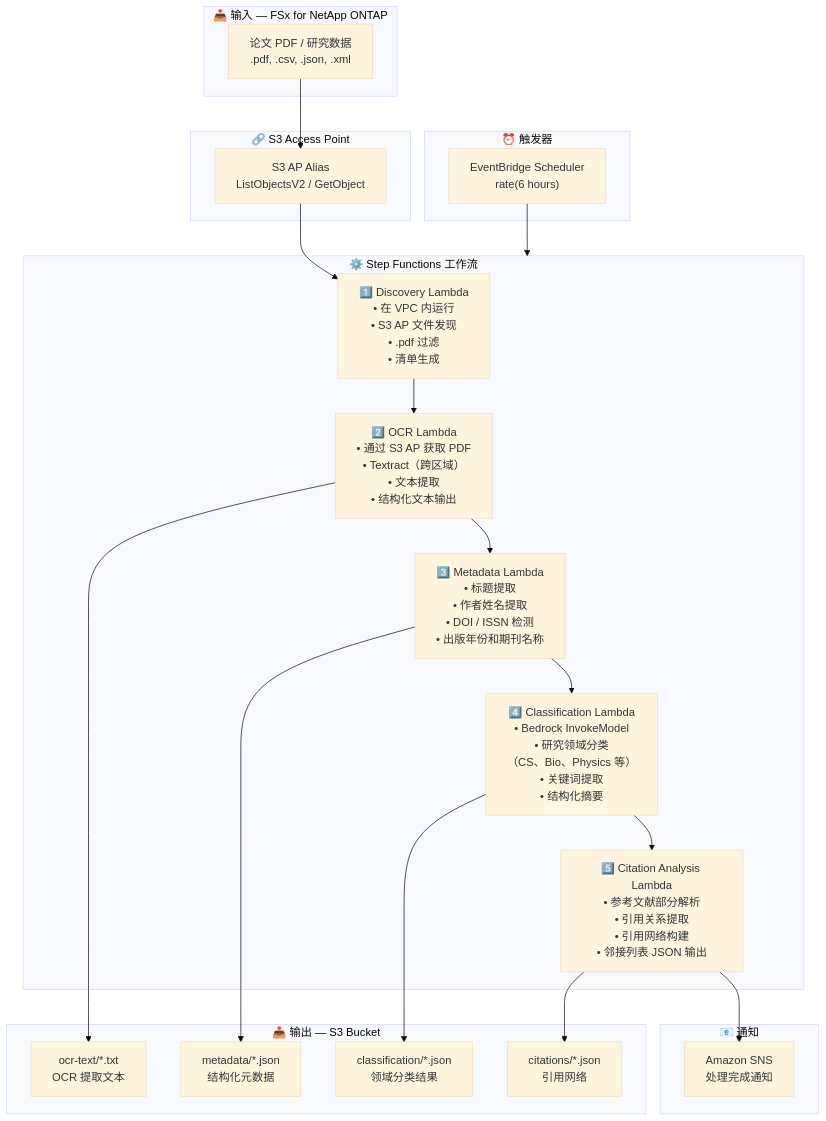
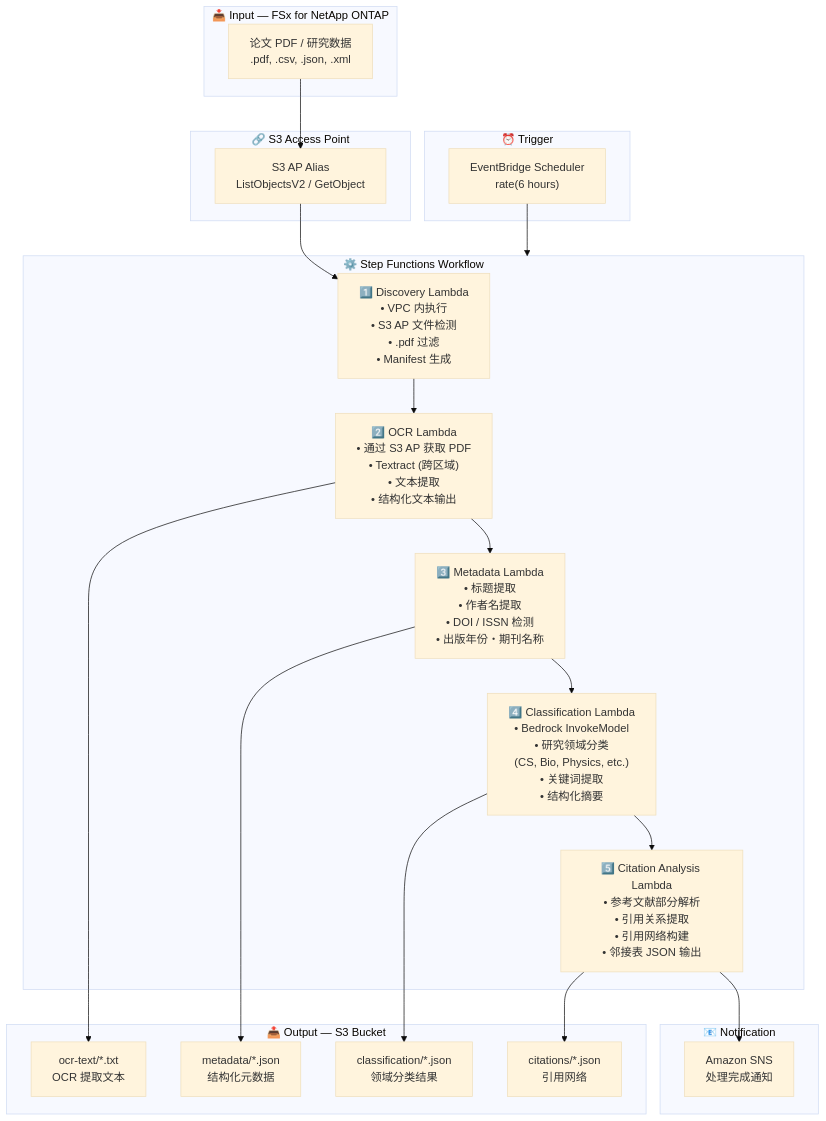
One commit to Yoshiki0705/FSx-for-ONTAP-S3AccessPoints-Serverless-Patterns changed the diagram in education-research/docs/architecture.zh-CN.md. Above: the diagram before and after it, drawn with Mermaid (base theme). The commit also changed other lines of this file and 54 other files, not shown here.

````diff
--- a/education-research/docs/architecture.zh-CN.md
+++ b/education-research/docs/architecture.zh-CN.md
@@ -11,46 +13,46 @@
 ```mermaid
 flowchart TB
-    subgraph INPUT["📥 输入 — FSx for NetApp ONTAP"]
+    subgraph INPUT["📥 Input — FSx for NetApp ONTAP"]
         PAPERS["论文 PDF / 研究数据<br/>.pdf, .csv, .json, .xml"]
     end
 
     subgraph S3AP["🔗 S3 Access Point"]
         ALIAS["S3 AP Alias<br/>ListObjectsV2 / GetObject"]
     end
 
-    subgraph TRIGGER["⏰ 触发器"]
+    subgraph TRIGGER["⏰ Trigger"]
         EB["EventBridge Scheduler<br/>rate(6 hours)"]
     end
 
-    subgraph SFN["⚙️ Step Functions 工作流"]
-        DISC["1️⃣ Discovery Lambda<br/>• 在 VPC 内运行<br/>• S3 AP 文件发现<br/>• .pdf 过滤<br/>• 清单生成"]
-        OCR["2️⃣ OCR Lambda<br/>• 通过 S3 AP 获取 PDF<br/>• Textract（跨区域）<br/>• 文本提取<br/>• 结构化文本输出"]
-        META["3️⃣ Metadata Lambda<br/>• 标题提取<br/>• 作者姓名提取<br/>• DOI / ISSN 检测<br/>• 出版年份和期刊名称"]
-        CL["4️⃣ Classification Lambda<br/>• Bedrock InvokeModel<br/>• 研究领域分类<br/>  （CS、Bio、Physics 等）<br/>• 关键词提取<br/>• 结构化摘要"]
-        CA["5️⃣ Citation Analysis Lambda<br/>• 参考文献部分解析<br/>• 引用关系提取<br/>• 引用网络构建<br/>• 邻接列表 JSON 输出"]
+    subgraph SFN["⚙️ Step Functions Workflow"]
+        DISC["1️⃣ Discovery Lambda<br/>• VPC 内执行<br/>• S3 AP 文件检测<br/>• .pdf 过滤<br/>• Manifest 生成"]
+        OCR["2️⃣ OCR Lambda<br/>• 通过 S3 AP 获取 PDF<br/>• Textract (跨区域)<br/>• 文本提取<br/>• 结构化文本输出"]
+        META["3️⃣ Metadata Lambda<br/>• 标题提取<br/>• 作者名提取<br/>• DOI / ISSN 检测<br/>• 出版年份・期刊名称"]
+        CL["4️⃣ Classification Lambda<br/>• Bedrock InvokeModel<br/>• 研究领域分类<br/>  (CS, Bio, Physics, etc.)<br/>• 关键词提取<br/>• 结构化摘要"]
+        CA["5️⃣ Citation Analysis Lambda<br/>• 参考文献部分解析<br/>• 引用关系提取<br/>• 引用网络构建<br/>• 邻接表 JSON 输出"]
     end
 
-    subgraph OUTPUT["📤 输出 — S3 Bucket"]
+    subgraph OUTPUT["📤 Output — S3 Bucket"]
         TEXT["ocr-text/*.txt<br/>OCR 提取文本"]
         METADATA["metadata/*.json<br/>结构化元数据"]
         CLASS["classification/*.json<br/>领域分类结果"]
         CITE["citations/*.json<br/>引用网络"]
     end
 
-    subgraph NOTIFY["📧 通知"]
+    subgraph NOTIFY["📧 Notification"]
         SNS["Amazon SNS<br/>处理完成通知"]
     end
 
     PAPERS --> ALIAS
     ALIAS --> DISC
     EB --> SFN
     DISC --> OCR
     OCR --> META
     META --> CL
     CL --> CA
     OCR --> TEXT
     META --> METADATA
     CL --> CLASS
     CA --> CITE
     CA --> SNS
 ```
````
